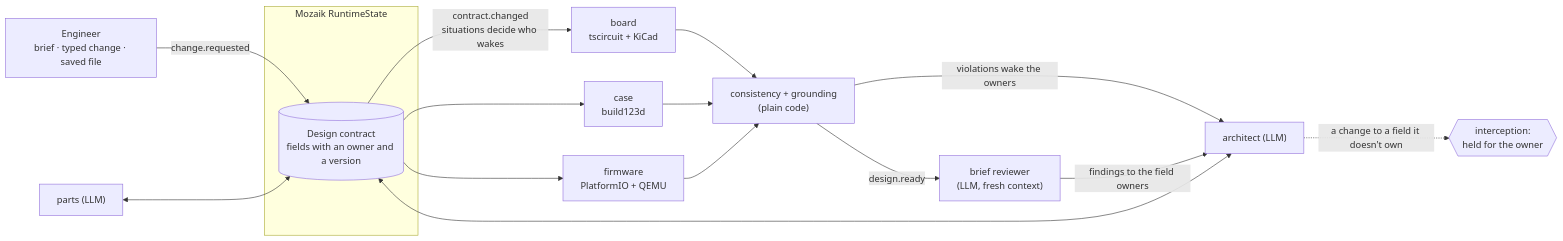
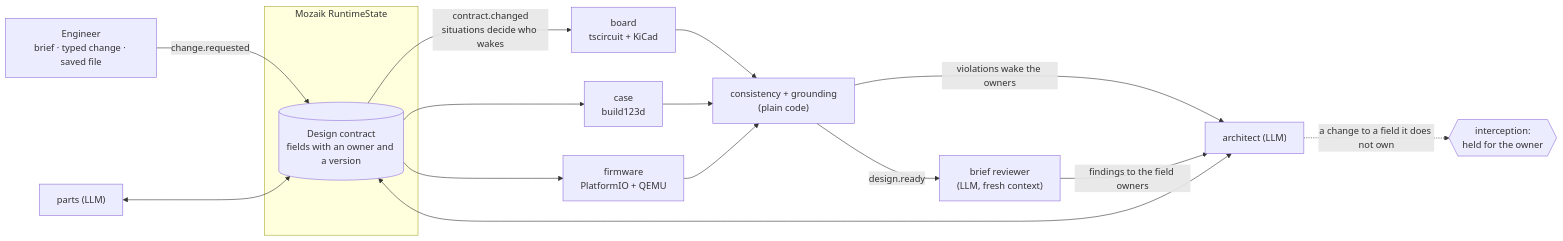
Before and after one commit to Laki4Ever79/bringup: the diagram in README.md, drawn with Mermaid.

Commit message:
docs(readme): Mermaid diagram in syntax GitHub renders (labelled dotted link, quoted edge labels)
Claude-Session: https://claude.ai/code/session_01NJUpBsnWRn36HojMDnSMBg

````diff
--- a/README.md
+++ b/README.md
@@ -160,19 +160,19 @@
 ```mermaid
 flowchart LR
-  E["Engineer<br/>brief · typed change · saved file"] -->|change.requested| C
+  E["Engineer<br/>brief · typed change · saved file"] -->|"change.requested"| C
   subgraph RS["Mozaik RuntimeState"]
     C[("Design contract<br/>fields with an owner and a version")]
   end
   A["architect (LLM)"] <--> C
   P["parts (LLM)"] <--> C
   C -->|"contract.changed<br/>situations decide who wakes"| B["board<br/>tscircuit + KiCad"]
   C --> X["case<br/>build123d"]
   C --> F["firmware<br/>PlatformIO + QEMU"]
   B --> K["consistency + grounding<br/>(plain code)"]
   X --> K
   F --> K
   K -->|"violations wake the owners"| A
-  K -->|design.ready| R["brief reviewer<br/>(LLM, fresh context)"]
+  K -->|"design.ready"| R["brief reviewer<br/>(LLM, fresh context)"]
   R -->|"findings to the field owners"| A
-  A -. "a change to a field it doesn't own" .-> I{{"interception:<br/>held for the owner"}}
+  A -.->|"a change to a field it does not own"| I{{"interception:<br/>held for the owner"}}
 ```
````
